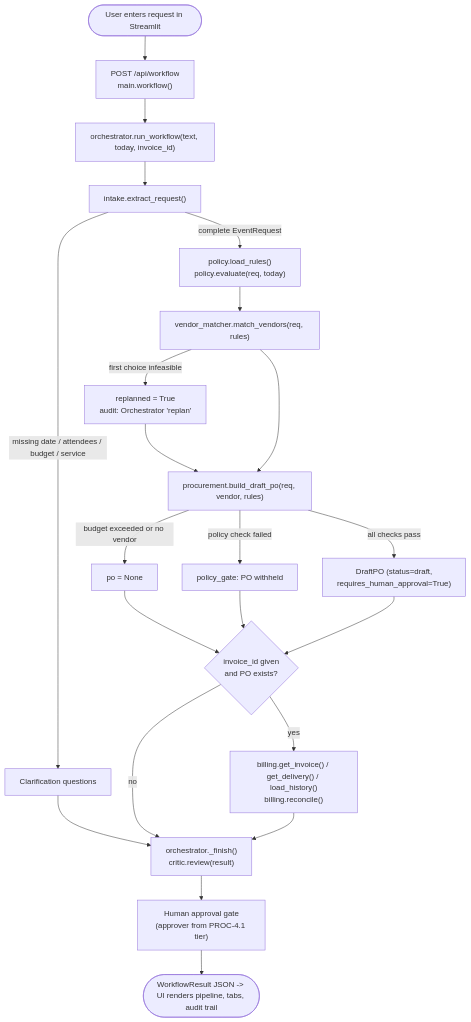
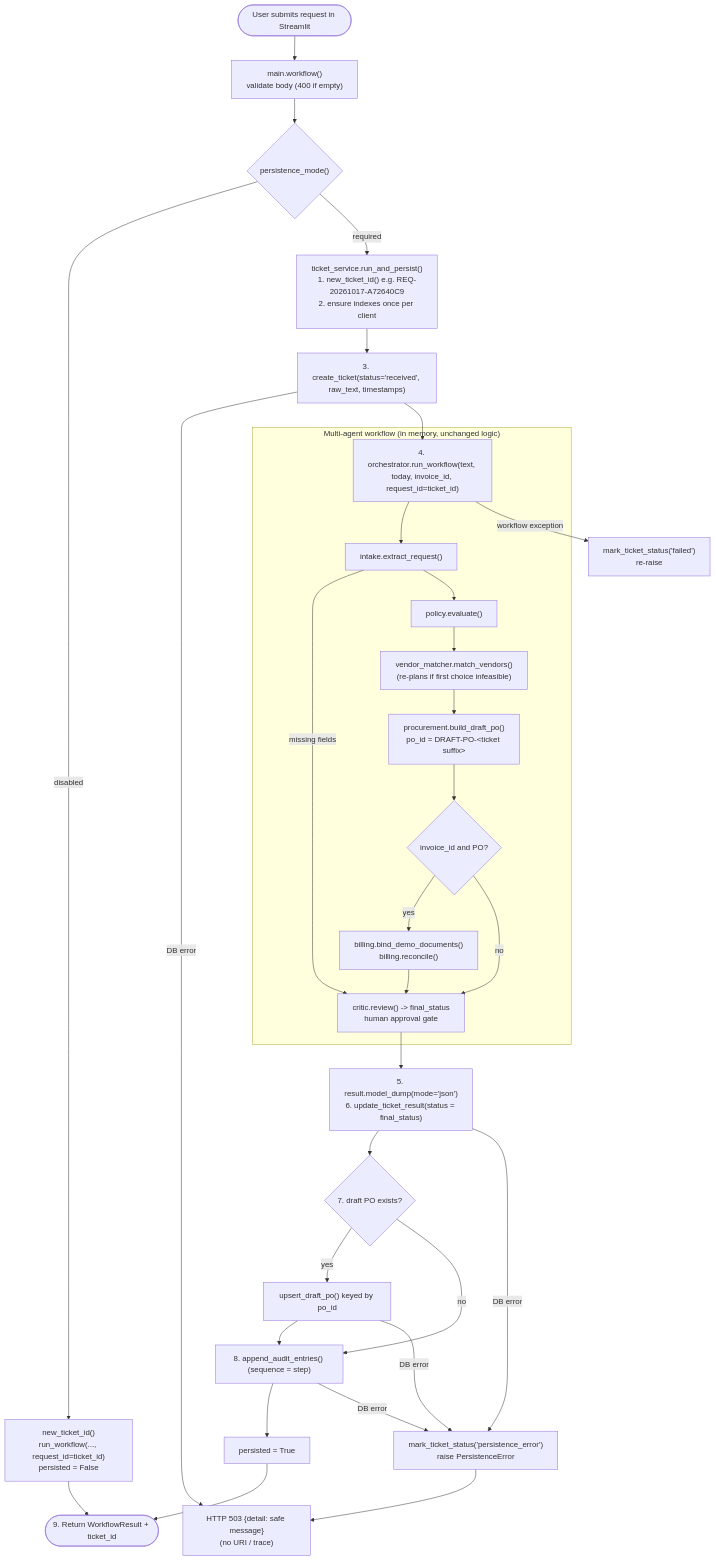
Before and after one commit to Sinha28Shivam/Singularity_Squad: the second of 5 diagrams in flow.md, drawn with Mermaid. The commit also changed other lines of this file and 26 other files, not shown here.

First line of the commit message:
Implement MongoDB persistence layer with ticketing and audit functionality

````diff
--- a/flow.md
+++ b/flow.md
@@ -152,24 +189,34 @@
 ```mermaid
 flowchart TD
-    A([User enters request in Streamlit]) --> B["POST /api/workflow<br/>main.workflow()"]
-    B --> C["orchestrator.run_workflow(text, today, invoice_id)"]
-    C --> D["intake.extract_request()"]
-    D -->|missing date / attendees / budget / service| Z1["Clarification questions"]
-    Z1 --> K
-    D -->|complete EventRequest| E["policy.load_rules()<br/>policy.evaluate(req, today)"]
-    E --> F["vendor_matcher.match_vendors(req, rules)"]
-    F -->|first choice infeasible| F2["replanned = True<br/>audit: Orchestrator 'replan'"]
-    F2 --> G
-    F --> G["procurement.build_draft_po(req, vendor, rules)"]
-    G -->|budget exceeded or no vendor| G1["po = None"]
-    G -->|policy check failed| G2["policy_gate: PO withheld"]
-    G -->|all checks pass| G3["DraftPO (status=draft,<br/>requires_human_approval=True)"]
-    G1 --> H
-    G2 --> H
-    G3 --> H{invoice_id given<br/>and PO exists?}
-    H -->|yes| I["billing.get_invoice() / get_delivery() / load_history()<br/>billing.reconcile()"]
-    H -->|no| K
-    I --> K["orchestrator._finish()<br/>critic.review(result)"]
-    K --> L["Human approval gate<br/>(approver from PROC-4.1 tier)"]
-    L --> M([WorkflowResult JSON -> UI renders pipeline, tabs, audit trail])
+    A([User submits request in Streamlit]) --> B["main.workflow()<br/>validate body (400 if empty)"]
+    B --> S0{"persistence_mode()"}
+    S0 -->|disabled| S1["new_ticket_id()<br/>run_workflow(..., request_id=ticket_id)<br/>persisted = False"]
+    S1 --> R
+    S0 -->|required| S2["ticket_service.run_and_persist()<br/>1. new_ticket_id() e.g. REQ-20261017-A72640C9<br/>2. ensure indexes once per client"]
+    S2 --> S3["3. create_ticket(status='received', raw_text, timestamps)"]
+    S3 -->|DB error| E503
+    S3 --> C["4. orchestrator.run_workflow(text, today, invoice_id, request_id=ticket_id)"]
+
+    subgraph WF["Multi-agent workflow (in memory, unchanged logic)"]
+        C --> D["intake.extract_request()"]
+        D -->|missing fields| K
+        D --> E["policy.evaluate()"]
+        E --> F["vendor_matcher.match_vendors()<br/>(re-plans if first choice infeasible)"]
+        F --> G["procurement.build_draft_po()<br/>po_id = DRAFT-PO-&lt;ticket suffix&gt;"]
+        G --> H{invoice_id and PO?}
+        H -->|yes| I["billing.bind_demo_documents()<br/>billing.reconcile()"]
+        H -->|no| K
+        I --> K["critic.review() -> final_status<br/>human approval gate"]
+    end
+
+    C -->|workflow exception| EF["mark_ticket_status('failed')<br/>re-raise"]
+    K --> P1["5. result.model_dump(mode='json')<br/>6. update_ticket_result(status = final_status)"]
+    P1 --> P2{"7. draft PO exists?"}
+    P2 -->|yes| P3["upsert_draft_po() keyed by po_id"]
+    P2 -->|no| P4
+    P3 --> P4["8. append_audit_entries() (sequence = step)"]
+    P4 --> P5["persisted = True"]
+    P1 & P3 & P4 -->|DB error| PE["mark_ticket_status('persistence_error')<br/>raise PersistenceError"]
+    PE --> E503["HTTP 503 {detail: safe message}<br/>(no URI / trace)"]
+    P5 --> R([9. Return WorkflowResult + ticket_id])
 ```
````
